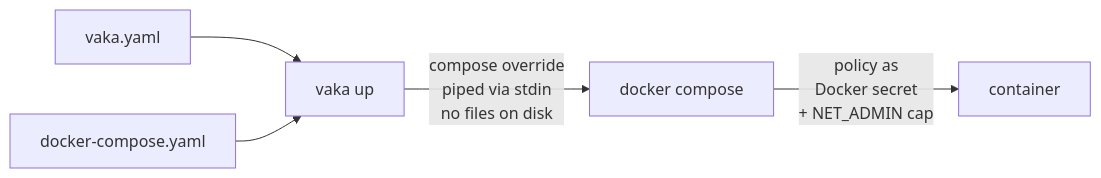
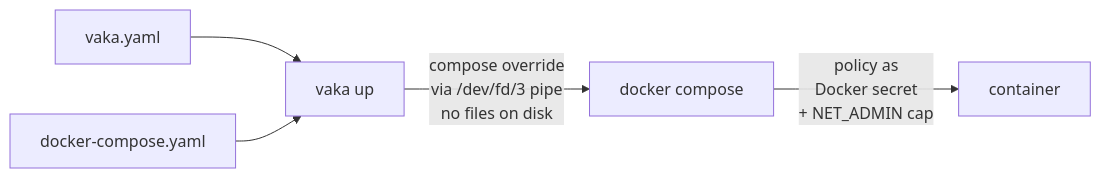
One commit to infrasecture/vaka changed the first of 2 diagrams in README.md. Above: the diagram before and after it, drawn with Mermaid. The commit also changed other lines of this file, not shown here.

````diff
--- a/README.md
+++ b/README.md
@@ -176,7 +176,7 @@
 ```mermaid
 flowchart LR
     vf["vaka.yaml"] --> cli["vaka up"]
     cf["docker-compose.yaml"] --> cli
-    cli -- "compose override<br/>piped via stdin<br/>no files on disk" --> dc["docker compose"]
+    cli -- "compose override<br/>via /dev/fd/3 pipe<br/>no files on disk" --> dc["docker compose"]
     dc -- "policy as<br/>Docker secret<br/>+ NET_ADMIN cap" --> c["container"]
 ```
````
